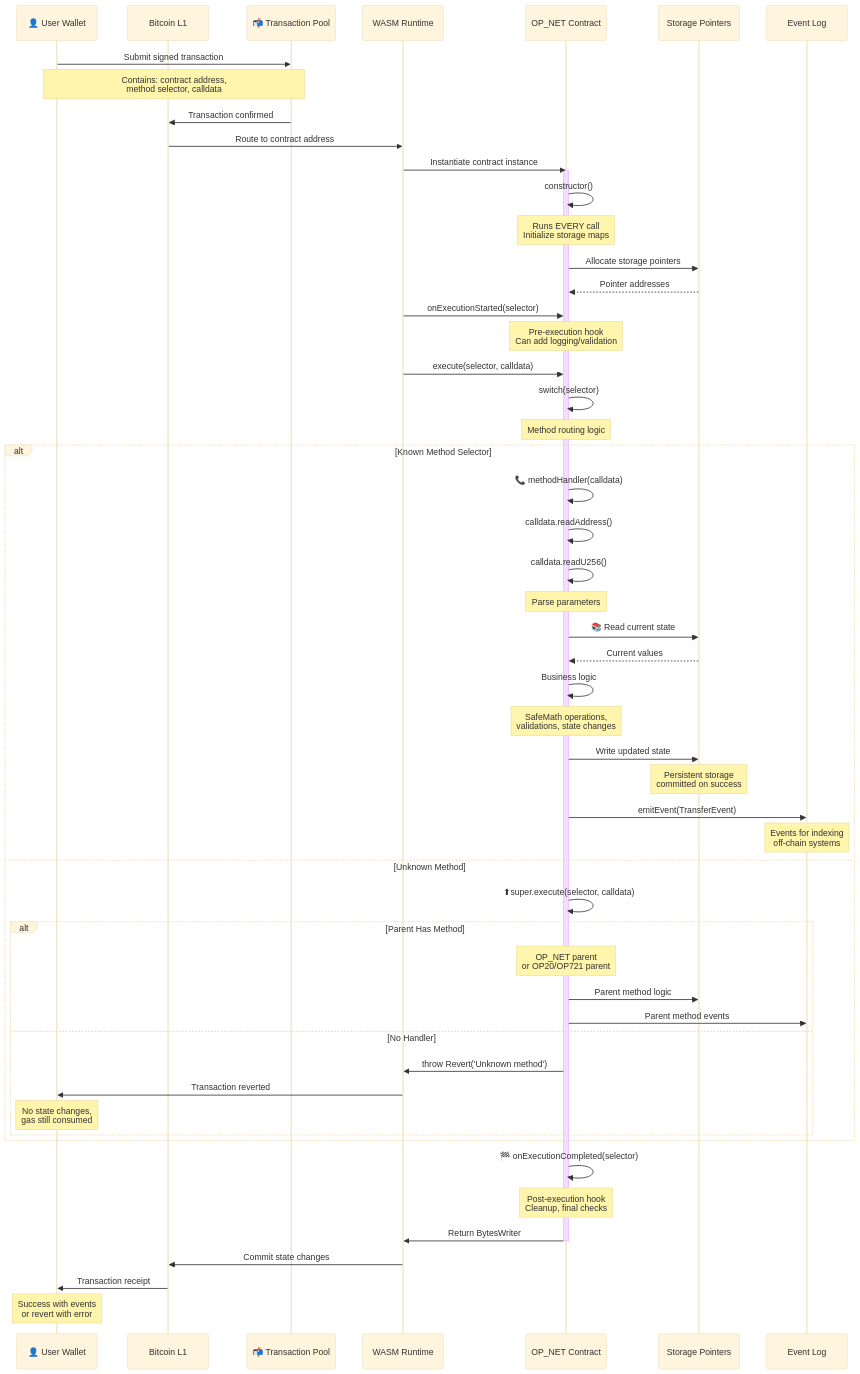
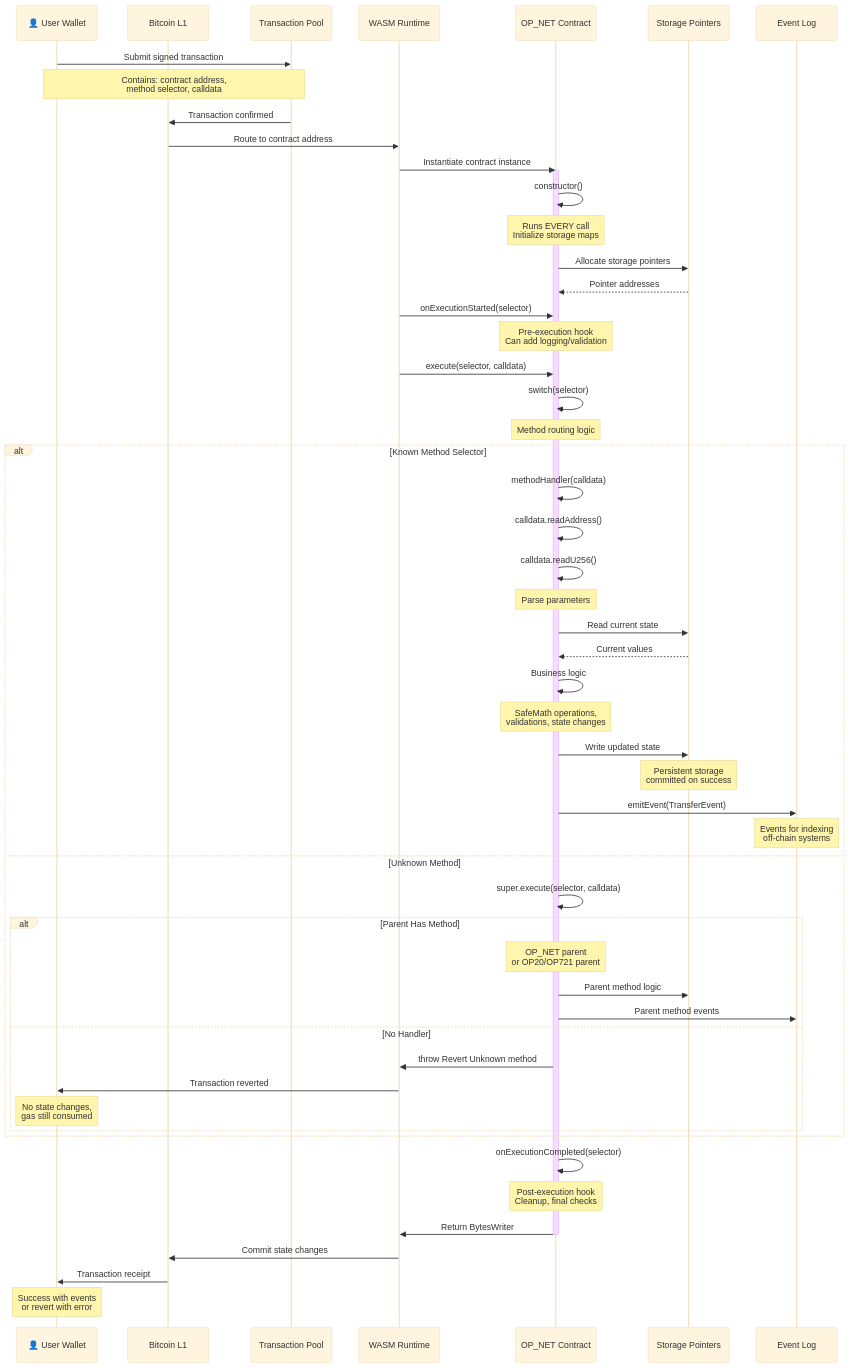
The third of 3 diagrams in docs/contracts/op-net-base.md (btc-vision/btc-runtime), drawn with Mermaid (base theme) before and after one commit. The commit also changed other lines of this file, not shown here.

````diff
--- a/docs/contracts/op-net-base.md
+++ b/docs/contracts/op-net-base.md
@@ -141,76 +253,76 @@
 ```mermaid
 sequenceDiagram
     participant User as 👤 User Wallet
     participant Blockchain as Bitcoin L1
-    participant TxPool as 📬 Transaction Pool
+    participant TxPool as Transaction Pool
     participant VM as WASM Runtime
     participant Contract as OP_NET Contract
     participant Storage as Storage Pointers
     participant EventLog as Event Log
 
     User->>TxPool: Submit signed transaction
     Note over User,TxPool: Contains: contract address,<br/>method selector, calldata
 
     TxPool->>Blockchain: Transaction confirmed
     Blockchain->>VM: Route to contract address
 
     VM->>Contract: Instantiate contract instance
     activate Contract
 
     Contract->>Contract: constructor()
     Note over Contract: Runs EVERY call<br/>Initialize storage maps
 
     Contract->>Storage: Allocate storage pointers
     Storage-->>Contract: Pointer addresses
 
     VM->>Contract: onExecutionStarted(selector)
     Note over Contract: Pre-execution hook<br/>Can add logging/validation
 
     VM->>Contract: execute(selector, calldata)
 
     Contract->>Contract: switch(selector)
     Note over Contract: Method routing logic
 
     alt Known Method Selector
-        Contract->>Contract: 📞 methodHandler(calldata)
+        Contract->>Contract: methodHandler(calldata)
 
         Contract->>Contract: calldata.readAddress()
         Contract->>Contract: calldata.readU256()
         Note over Contract: Parse parameters
 
-        Contract->>Storage: 📚 Read current state
+        Contract->>Storage: Read current state
         Storage-->>Contract: Current values
 
         Contract->>Contract: Business logic
         Note over Contract: SafeMath operations,<br/>validations, state changes
 
         Contract->>Storage: Write updated state
         Note over Storage: Persistent storage<br/>committed on success
 
         Contract->>EventLog: emitEvent(TransferEvent)
         Note over EventLog: Events for indexing<br/>off-chain systems
 
     else Unknown Method
-        Contract->>Contract: ⬆super.execute(selector, calldata)
+        Contract->>Contract: super.execute(selector, calldata)
 
         alt Parent Has Method
             Note over Contract: OP_NET parent<br/>or OP20/OP721 parent
             Contract->>Storage: Parent method logic
             Contract->>EventLog: Parent method events
         else No Handler
-            Contract->>VM: throw Revert('Unknown method')
+            Contract->>VM: throw Revert Unknown method
             VM->>User: Transaction reverted
             Note over User: No state changes,<br/>gas still consumed
         end
     end
 
-    Contract->>Contract: 🏁 onExecutionCompleted(selector)
+    Contract->>Contract: onExecutionCompleted(selector)
     Note over Contract: Post-execution hook<br/>Cleanup, final checks
 
     Contract->>VM: Return BytesWriter
     deactivate Contract
 
     VM->>Blockchain: Commit state changes
     Blockchain->>User: Transaction receipt
     Note over User: Success with events<br/>or revert with error
 ```
````
